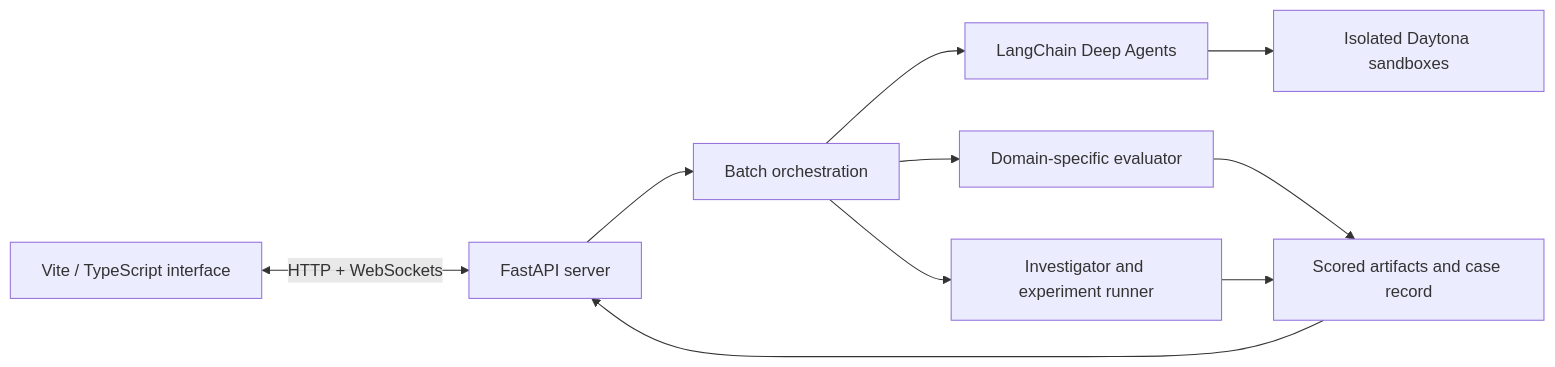
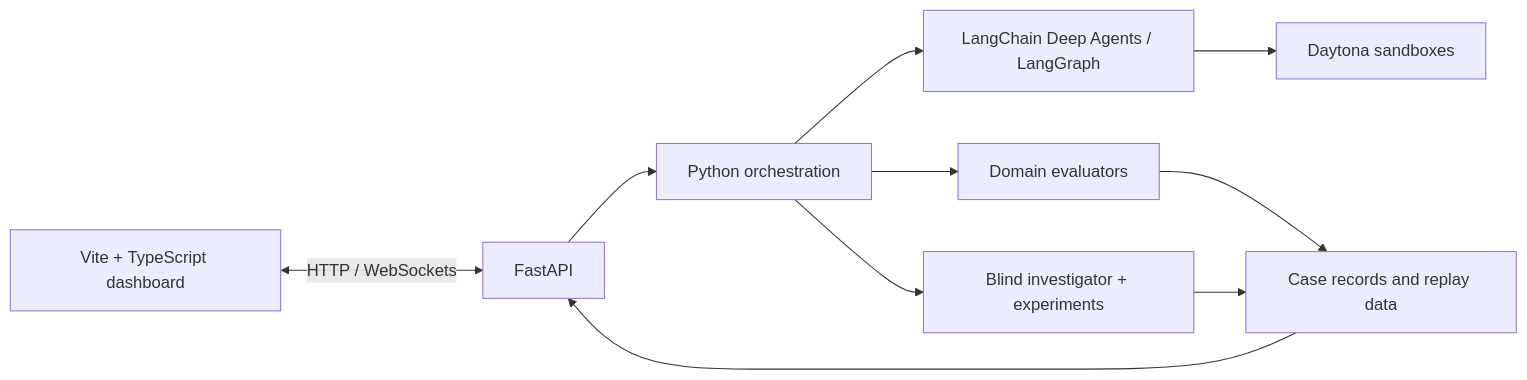
Before and after one commit to AndresL230/deep-research: the second of 2 diagrams in README.md, drawn with Mermaid. The commit also changed other lines of this file, not shown here.

````diff
--- a/README.md
+++ b/README.md
@@ -295,12 +134,12 @@
 ```mermaid
 flowchart LR
-    WEB["Vite / TypeScript interface"] <-->|"HTTP + WebSockets"| API["FastAPI server"]
-    API --> ORCH["Batch orchestration"]
-    ORCH --> AGENTS["LangChain Deep Agents"]
-    AGENTS --> VM["Isolated Daytona sandboxes"]
-    ORCH --> EVAL["Domain-specific evaluator"]
-    ORCH --> INV["Investigator and experiment runner"]
-    EVAL --> CASE["Scored artifacts and case record"]
+    UI["Vite + TypeScript dashboard"] <-->|"HTTP / WebSockets"| API["FastAPI"]
+    API --> ORCH["Python orchestration"]
+    ORCH --> AGENTS["LangChain Deep Agents / LangGraph"]
+    AGENTS --> VM["Daytona sandboxes"]
+    ORCH --> EVAL["Domain evaluators"]
+    ORCH --> INV["Blind investigator + experiments"]
+    EVAL --> CASE["Case records and replay data"]
     INV --> CASE
     CASE --> API
 ```
````
